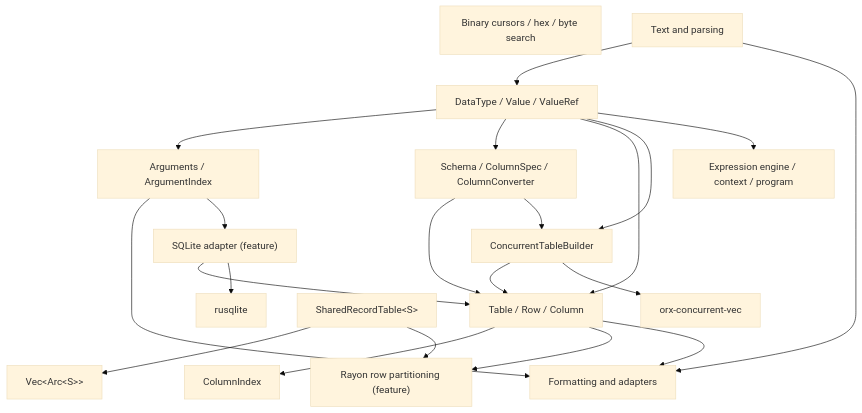
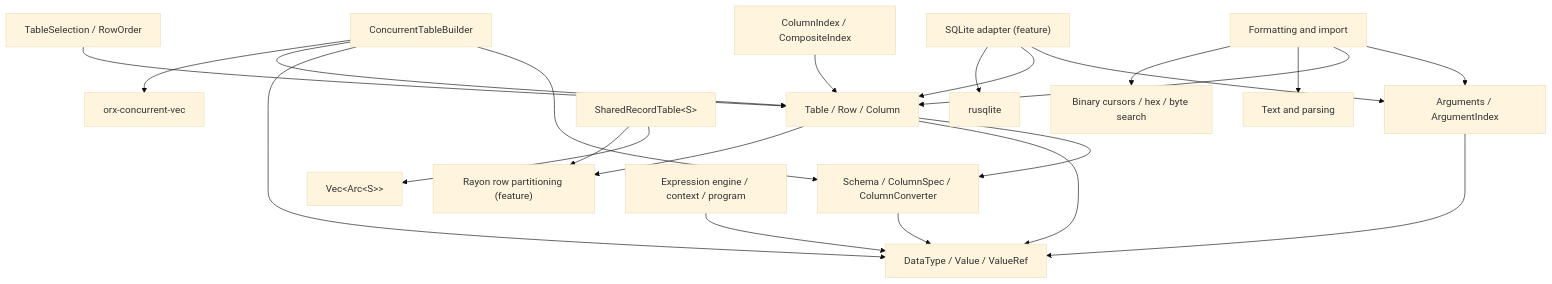
One commit to kjn-void/gd-rs changed the first of 3 diagrams in docs/high-level/architecture.md. Above: the diagram before and after it, drawn with Mermaid (base theme). The commit also changed other lines of this file and 43 other files, not shown here.

````diff
--- a/docs/high-level/architecture.md
+++ b/docs/high-level/architecture.md
@@ -14,24 +14,26 @@
 ```mermaid
 flowchart TD
-    Value["DataType / Value / ValueRef"] --> Arguments["Arguments / ArgumentIndex"]
-    Value --> Schema["Schema / ColumnSpec / ColumnConverter"]
-    Schema --> Table["Table / Row / Column"]
-    Value --> Table
-    Schema --> Builder["ConcurrentTableBuilder"]
-    Value --> Builder
+    Arguments["Arguments / ArgumentIndex"] --> Value["DataType / Value / ValueRef"]
+    Schema["Schema / ColumnSpec / ColumnConverter"] --> Value
+    Table["Table / Row / Column"] --> Schema
+    Table --> Value
+    Builder["ConcurrentTableBuilder"] --> Schema
+    Builder --> Value
     Builder --> Table
     Builder --> Orx["orx-concurrent-vec"]
-    Table --> ColumnIndex["ColumnIndex"]
+    ColumnIndex["ColumnIndex / CompositeIndex"] --> Table
+    Selection["TableSelection / RowOrder"] --> Table
     Table --> Rayon["Rayon row partitioning (feature)"]
     SharedRecords["SharedRecordTable&lt;S&gt;"] --> ArcRecords["Vec&lt;Arc&lt;S&gt;&gt;"]
     SharedRecords --> Rayon
     Binary["Binary cursors / hex / byte search"]
-    Text["Text and parsing"] --> Value
-    Value --> Expression["Expression engine / context / program"]
-    Arguments --> Formatting["Formatting and adapters"]
-    Table --> Formatting
-    Text --> Formatting
-    Arguments --> SQLite["SQLite adapter (feature)"]
+    Text["Text and parsing"]
+    Expression["Expression engine / context / program"] --> Value
+    Formatting["Formatting and import"] --> Arguments
+    Formatting --> Table
+    Formatting --> Text
+    Formatting --> Binary
+    SQLite["SQLite adapter (feature)"] --> Arguments
     SQLite --> Table
     SQLite --> Rusqlite["rusqlite"]
 ```
````
